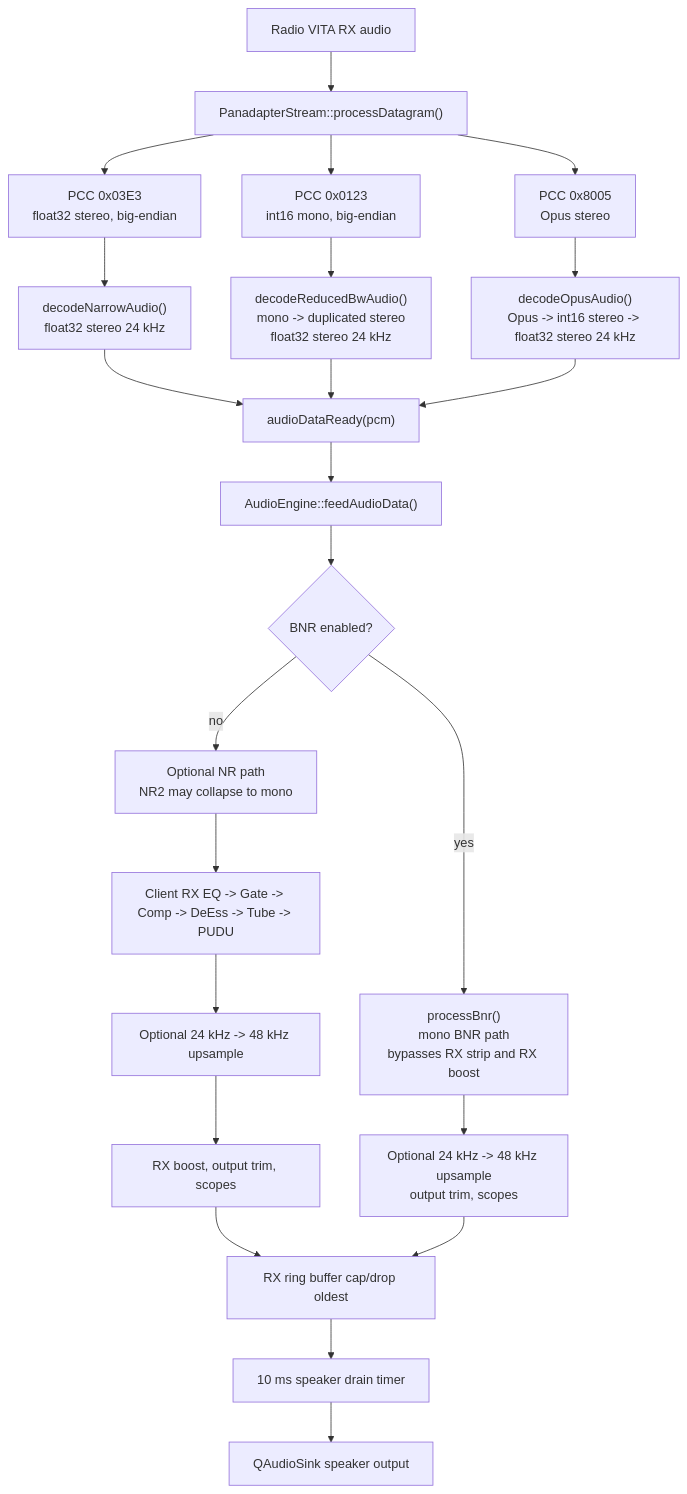
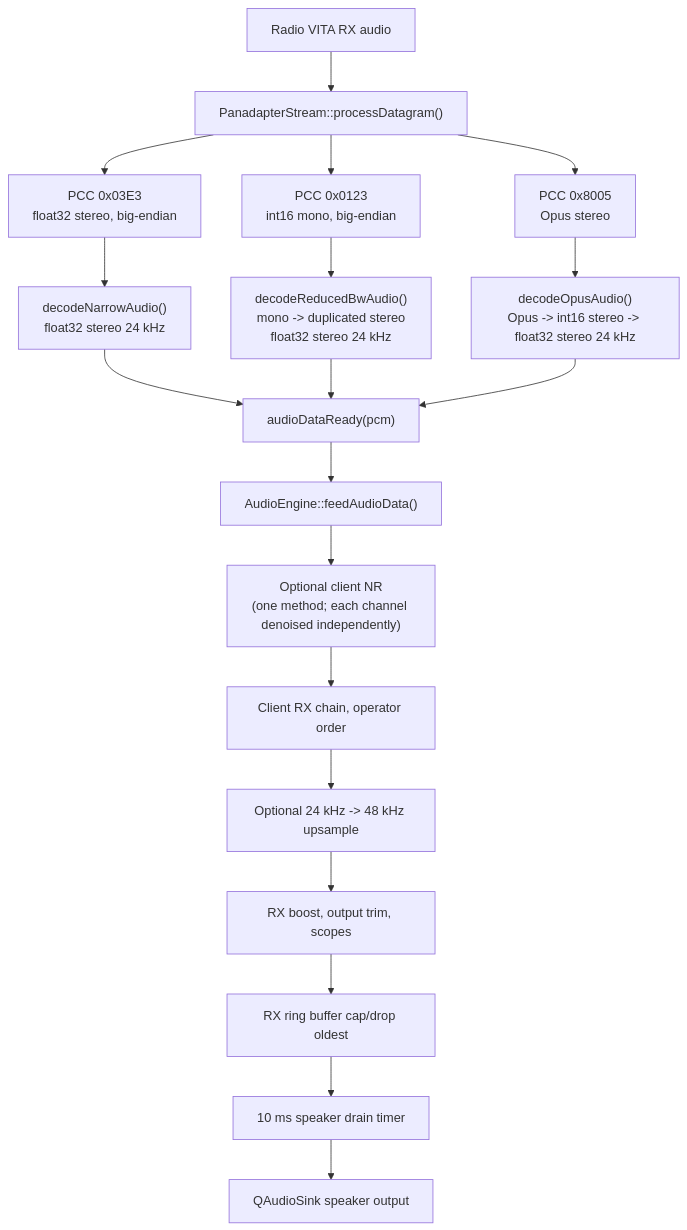
Before and after one commit to aethersdr/AetherSDR: the first of 4 diagrams in docs/architecture/audio-pipeline.md, drawn with Mermaid. The commit also changed other lines of this file and 26 other files, not shown here.

````diff
--- a/docs/architecture/audio-pipeline.md
+++ b/docs/architecture/audio-pipeline.md
@@ -62,25 +62,21 @@
 ```mermaid
 flowchart TD
     A["Radio VITA RX audio"] --> B["PanadapterStream::processDatagram()"]
     B --> C1["PCC 0x03E3<br/>float32 stereo, big-endian"]
     B --> C2["PCC 0x0123<br/>int16 mono, big-endian"]
     B --> C3["PCC 0x8005<br/>Opus stereo"]
     C1 --> D["decodeNarrowAudio()<br/>float32 stereo 24 kHz"]
     C2 --> E["decodeReducedBwAudio()<br/>mono -> duplicated stereo<br/>float32 stereo 24 kHz"]
     C3 --> F["decodeOpusAudio()<br/>Opus -> int16 stereo -> float32 stereo 24 kHz"]
     D --> G["audioDataReady(pcm)"]
     E --> G
     F --> G
     G --> H["AudioEngine::feedAudioData()"]
-    H --> I{"BNR enabled?"}
-    I -->|yes| BNR["processBnr()<br/>mono BNR path<br/>bypasses RX strip and RX boost"]
-    I -->|no| NR["Optional NR path<br/>NR2 may collapse to mono"]
-    NR --> J["Client RX EQ -> Gate -> Comp -> DeEss -> Tube -> PUDU"]
+    H --> NR["Optional client NR<br/>(one method; each channel denoised independently)"]
+    NR --> J["Client RX chain, operator order"]
     J --> K["Optional 24 kHz -> 48 kHz upsample"]
     K --> L["RX boost, output trim, scopes"]
-    BNR --> L2["Optional 24 kHz -> 48 kHz upsample<br/>output trim, scopes"]
     L --> M["RX ring buffer cap/drop oldest"]
-    L2 --> M
     M --> N["10 ms speaker drain timer"]
     N --> O["QAudioSink speaker output"]
 ```
````
